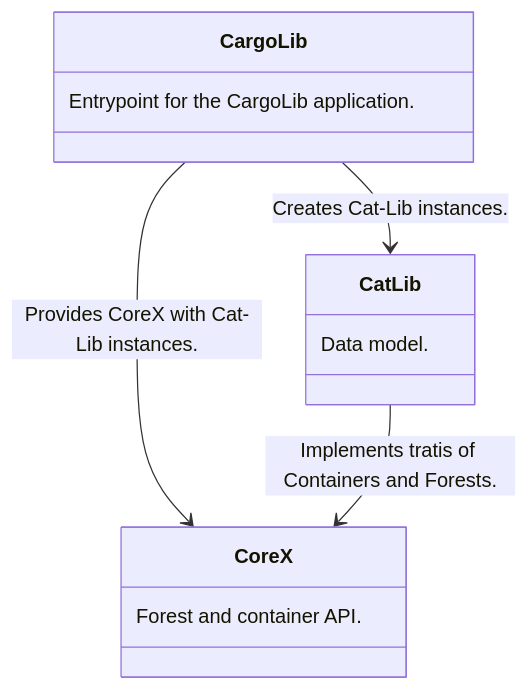
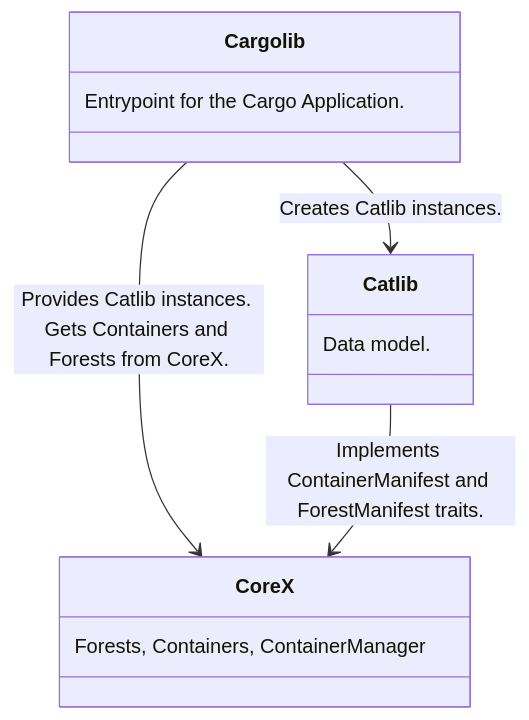
The first of 2 diagrams in docs/architecture/forests_and_containers.md (pbeza/wildland-core), drawn with Mermaid before and after one commit. The commit also changed other lines of this file, not shown here.

Commit message:
docs: Update architecture documentation for Forests and Containers

````diff
--- a/docs/architecture/forests_and_containers.md
+++ b/docs/architecture/forests_and_containers.md
@@ -117,9 +12,9 @@
 ```mermaid
 classDiagram
-CargoLib --> CatLib: Creates Cat-Lib instances.
-CargoLib --> CoreX: Provides CoreX with Cat-Lib instances.
-CatLib --> CoreX: Implements tratis of Containers and Forests.
-CargoLib : Entrypoint for the CargoLib application.
-CoreX : Forest and container API.
-CatLib : Data model.
+Cargolib --> Catlib: Creates Catlib instances.
+Cargolib --> CoreX: Provides Catlib instances. Gets Containers and Forests from CoreX.
+Catlib --> CoreX: Implements ContainerManifest and ForestManifest traits.
+Cargolib : Entrypoint for the Cargo Application.
+CoreX : Forests, Containers, ContainerManager
+Catlib : Data model.
 ```
````
